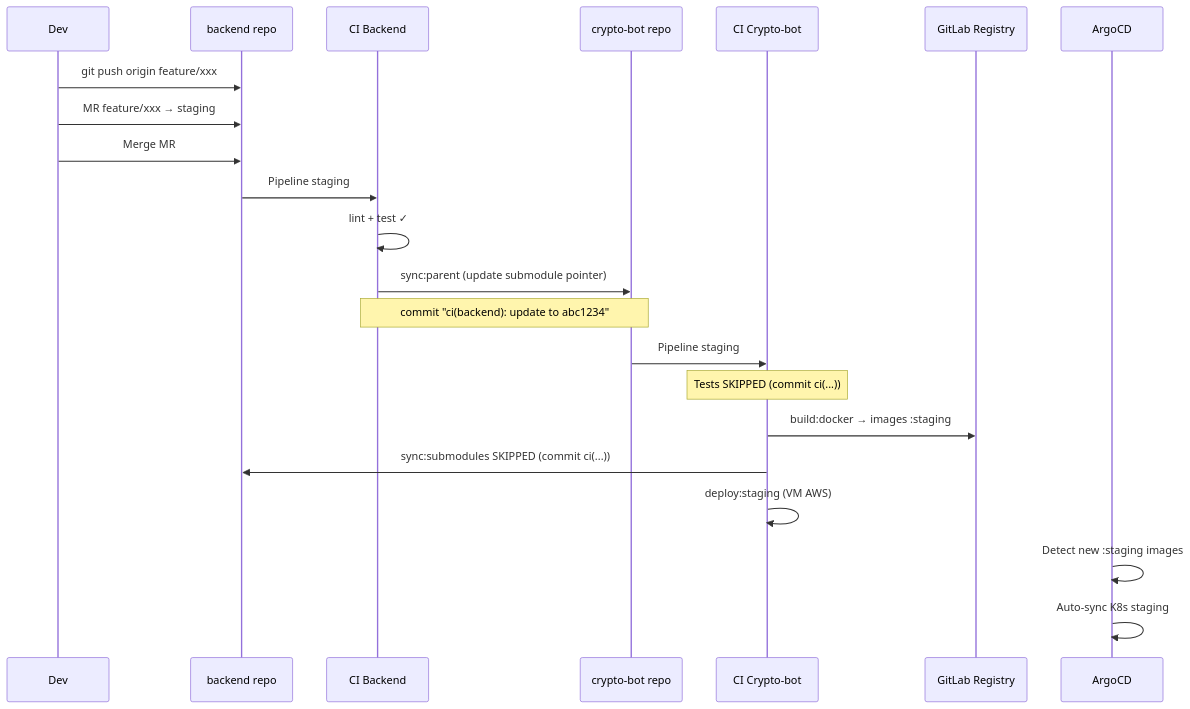
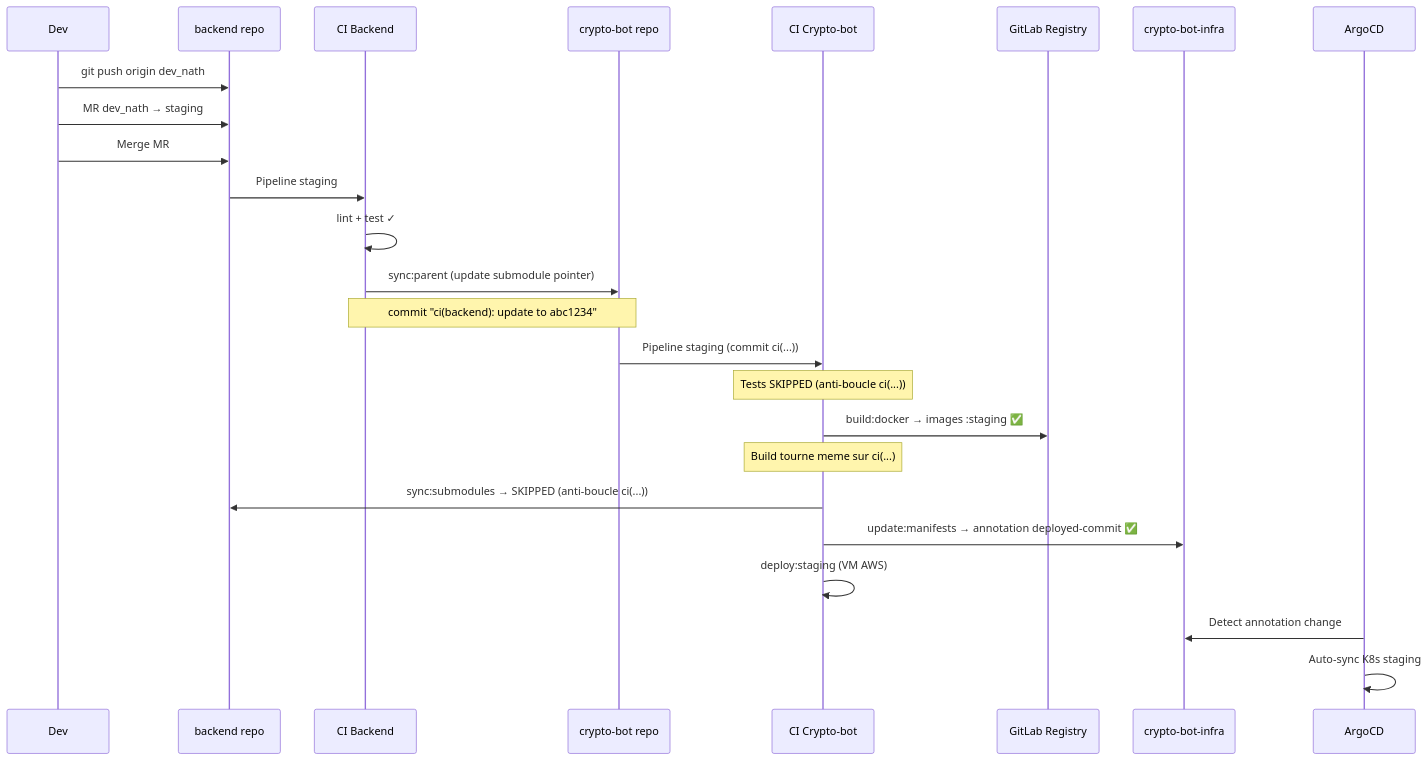
One commit to tawounfouet/rncp_crypto-bot-infra changed the second of 4 diagrams in docs/GIT_WORKFLOW.md. Above: the diagram before and after it, drawn with Mermaid. The commit also changed other lines of this file and 4 other files, not shown here.

First line of the commit message:
docs: update sync workflow diagrams and documentation

````diff
--- a/docs/GIT_WORKFLOW.md
+++ b/docs/GIT_WORKFLOW.md
@@ -108,28 +112,31 @@
 ```mermaid
 sequenceDiagram
     participant Dev
     participant Backend as backend repo
     participant CI_BE as CI Backend
     participant CryptoBot as crypto-bot repo
     participant CI_CB as CI Crypto-bot
     participant Registry as GitLab Registry
+    participant Infra as crypto-bot-infra
     participant ArgoCD
 
-    Dev->>Backend: git push origin feature/xxx
-    Dev->>Backend: MR feature/xxx → staging
+    Dev->>Backend: git push origin dev_nath
+    Dev->>Backend: MR dev_nath → staging
     Dev->>Backend: Merge MR
 
     Backend->>CI_BE: Pipeline staging
     CI_BE->>CI_BE: lint + test ✓
     CI_BE->>CryptoBot: sync:parent (update submodule pointer)
     Note over CI_BE,CryptoBot: commit "ci(backend): update to abc1234"
 
-    CryptoBot->>CI_CB: Pipeline staging
-    Note over CI_CB: Tests SKIPPED (commit ci(...))
-    CI_CB->>Registry: build:docker → images :staging
-    CI_CB->>Backend: sync:submodules SKIPPED (commit ci(...))
+    CryptoBot->>CI_CB: Pipeline staging (commit ci(...))
+    Note over CI_CB: Tests SKIPPED (anti-boucle ci(...))
+    CI_CB->>Registry: build:docker → images :staging ✅
+    Note over CI_CB: Build tourne meme sur ci(...)
+    CI_CB->>Backend: sync:submodules → SKIPPED (anti-boucle ci(...))
+    CI_CB->>Infra: update:manifests → annotation deployed-commit ✅
     CI_CB->>CI_CB: deploy:staging (VM AWS)
 
-    ArgoCD->>ArgoCD: Detect new :staging images
+    ArgoCD->>Infra: Detect annotation change
     ArgoCD->>ArgoCD: Auto-sync K8s staging
 ```
````
